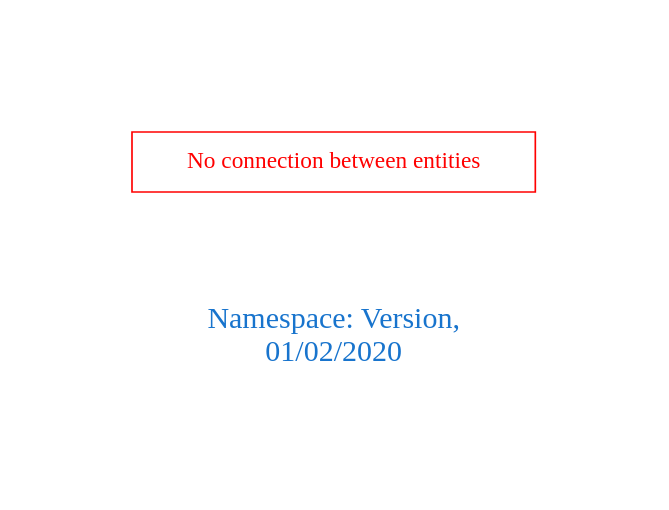
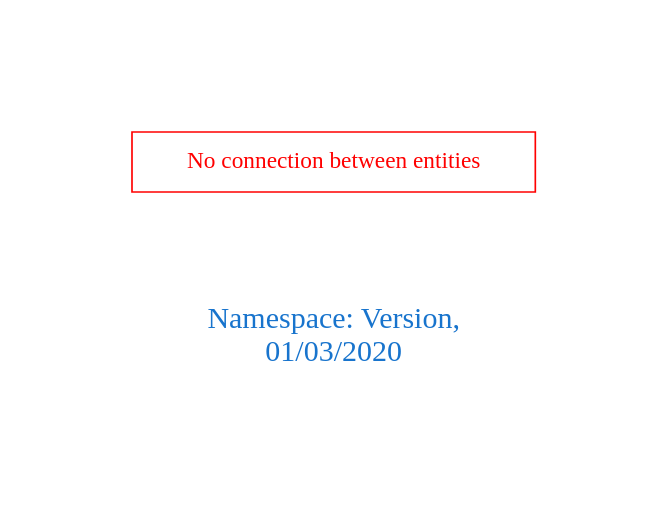
The diagram in downloads/Version.dot (arago/OGIT), drawn with Graphviz before and after one commit. The commit also changed 1654 other files, not shown here.

```diff
--- a/downloads/Version.dot
+++ b/downloads/Version.dot
@@ -1,9 +1,9 @@
 digraph OGIT_ontology {
  graph [ rankdir= LR,pad=1 
 fontsize = 18,
-fontcolor= dodgerblue3,label = "\n\n\nNamespace: Version, \n 01/02/2020"];
+fontcolor= dodgerblue3,label = "\n\n\nNamespace: Version, \n 01/03/2020"];
 node[shape=polygon];
 edge [  color="gray81"];
 
 "No connection between entities" [fontcolor = "red",color="red", shape="polygon"]
 }
```
